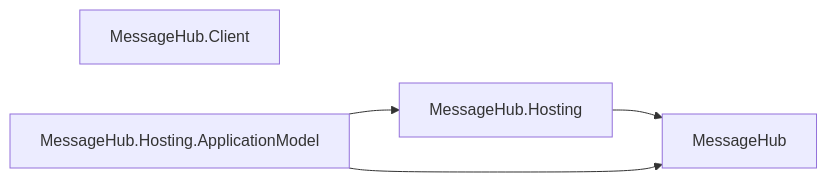
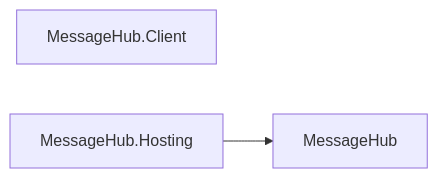
One commit to assimalign/cohesion changed diagram 21 of 27 in docs/DEPENDENCIES.md. Above: the diagram before and after it, drawn with Mermaid. The commit also changed other lines of this file and 144 other files, not shown here.

First line of the commit message:
feat(fabric): add the fabric/ root with base application-model contracts

````diff
--- a/docs/DEPENDENCIES.md
+++ b/docs/DEPENDENCIES.md
@@ -854,10 +863,7 @@
 ```mermaid
 flowchart LR
     N0["MessageHub"]
     N1["MessageHub.Client"]
     N2["MessageHub.Hosting"]
-    N3["MessageHub.Hosting.ApplicationModel"]
     N2 --> N0
-    N3 --> N0
-    N3 --> N2
 ```
````
